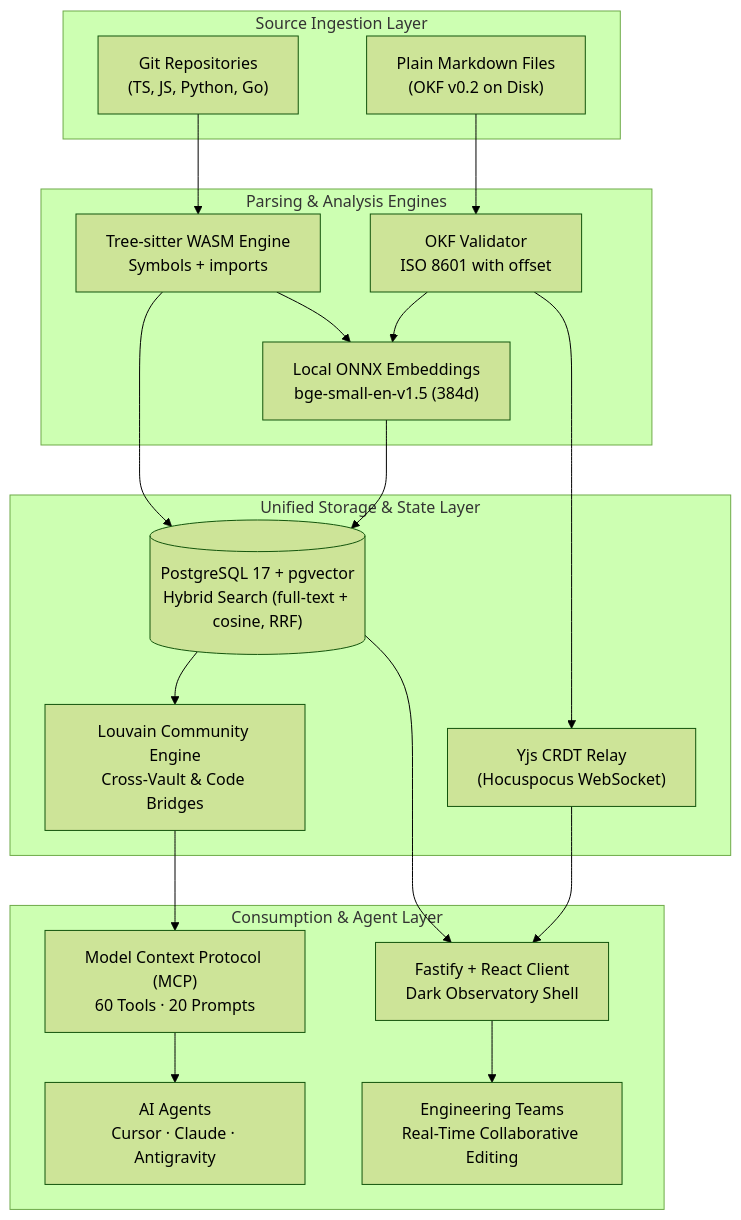
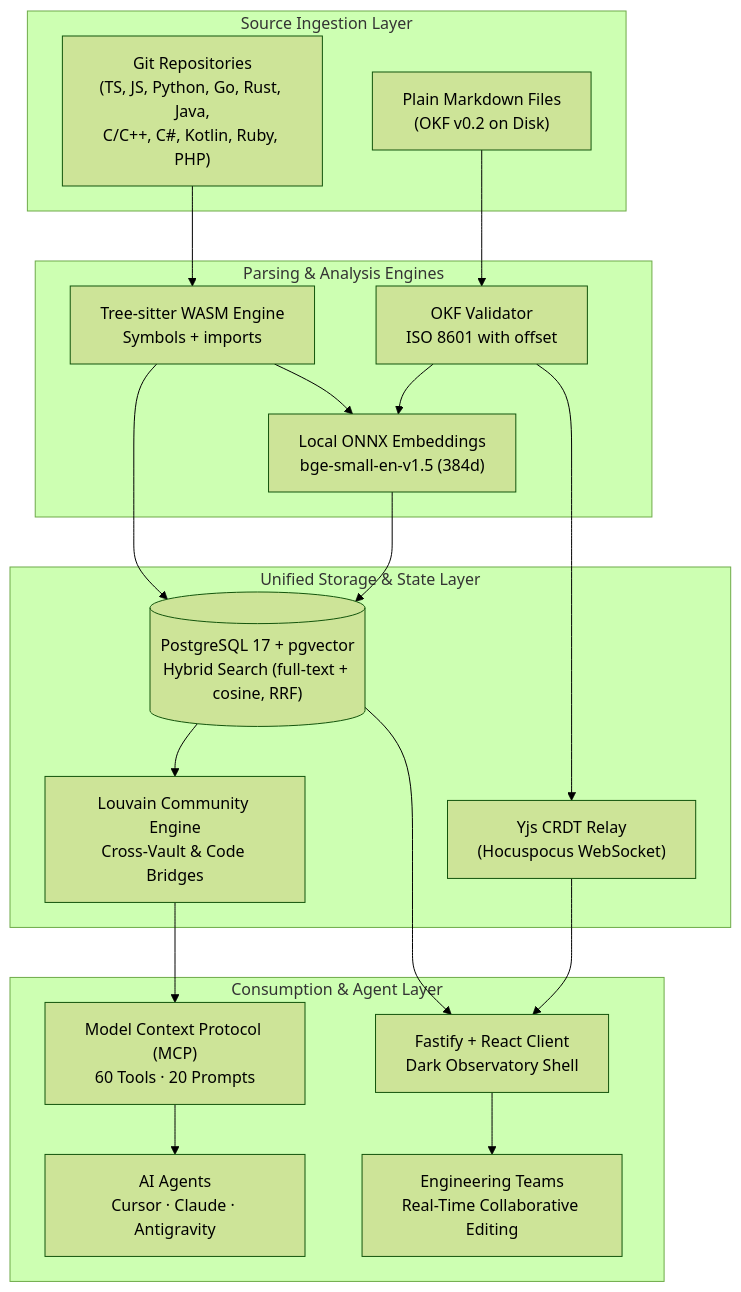
The diagram in README.md (PIIIX-org/chapters), drawn with Mermaid (forest theme) before and after one commit. The commit also changed other lines of this file and 3 other files, not shown here.

````diff
--- a/README.md
+++ b/README.md
@@ -57,40 +57,40 @@
 ```mermaid
 flowchart TD
   subgraph Ingestion ["Source Ingestion Layer"]
     MD["Plain Markdown Files\n(OKF v0.2 on Disk)"]
-    GIT["Git Repositories\n(TS, JS, Python, Go)"]
+    GIT["Git Repositories\n(TS, JS, Python, Go, Rust, Java,\nC/C++, C#, Kotlin, Ruby, PHP)"]
   end
 
   subgraph Processing ["Parsing & Analysis Engines"]
     OKF_P["OKF Validator\nISO 8601 with offset"]
     TS_P["Tree-sitter WASM Engine\nSymbols + imports"]
     EMB["Local ONNX Embeddings\nbge-small-en-v1.5 (384d)"]
   end
 
   subgraph Storage ["Unified Storage & State Layer"]
     PG[("PostgreSQL 17 + pgvector\nHybrid Search (full-text + cosine, RRF)")]
     YJS["Yjs CRDT Relay\n(Hocuspocus WebSocket)"]
     LOUVAIN["Louvain Community Engine\nCross-Vault & Code Bridges"]
   end
 
   subgraph Consumers ["Consumption & Agent Layer"]
     MCP["Model Context Protocol (MCP)\n60 Tools · 20 Prompts"]
     UI["Fastify + React Client\nDark Observatory Shell"]
     AGENTS["AI Agents\nCursor · Claude · Antigravity"]
     HUMANS["Engineering Teams\nReal-Time Collaborative Editing"]
   end
 
   MD --> OKF_P
   GIT --> TS_P
   OKF_P --> EMB
   TS_P --> EMB
   OKF_P --> YJS
   EMB --> PG
   TS_P --> PG
   PG --> LOUVAIN
   LOUVAIN --> MCP
   YJS --> UI
   PG --> UI
   MCP --> AGENTS
   UI --> HUMANS
 ```
````
